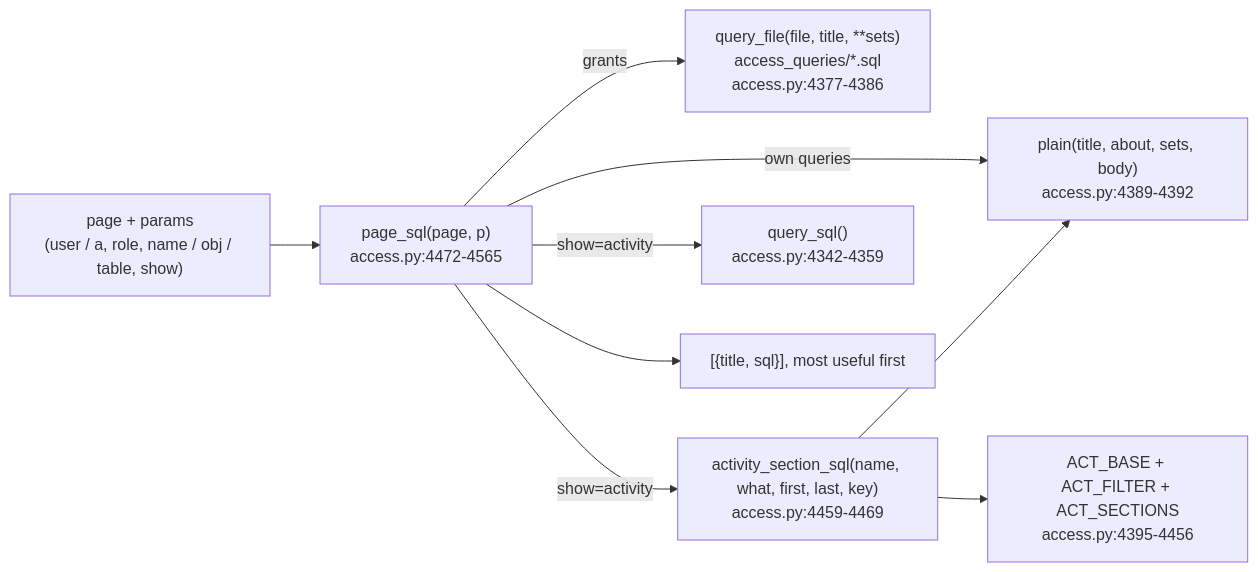
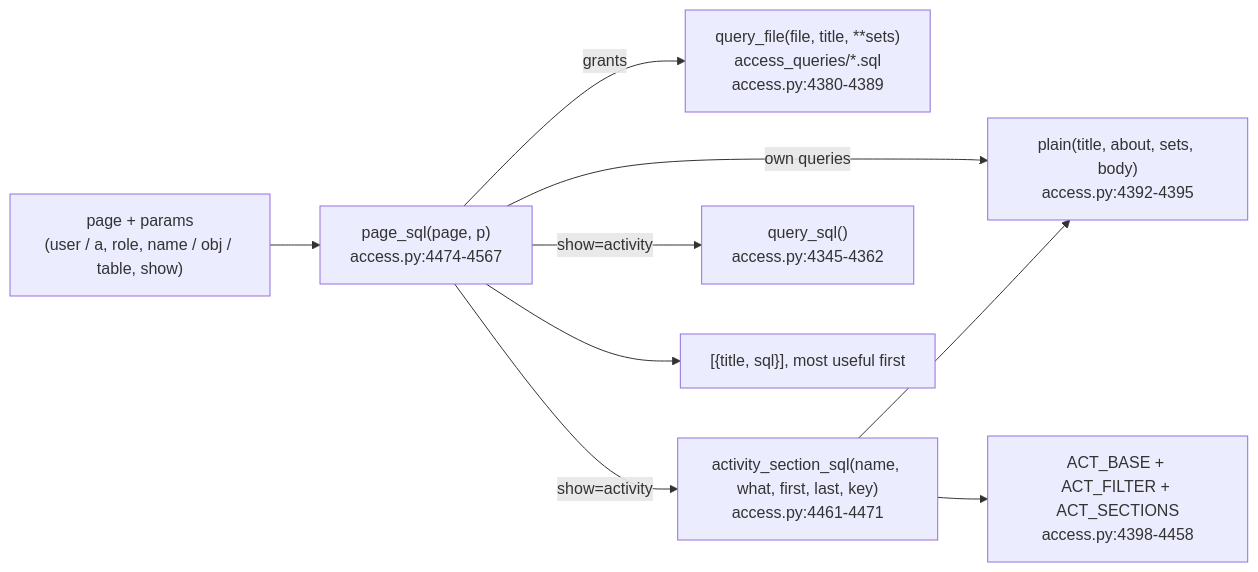
One commit to darshanmeel/snowflake-access-explorer changed the diagram in snowflake-access-explorer-knowledge-graph/logic/page-sql.md. Above: the diagram before and after it, drawn with Mermaid. The commit also changed other lines of this file and 29 other files, not shown here.

Commit message:
Docs and knowledge graph: business time moves days, hours and weekends (dh, localize, TZ_HOURS)

````diff
--- a/snowflake-access-explorer-knowledge-graph/logic/page-sql.md
+++ b/snowflake-access-explorer-knowledge-graph/logic/page-sql.md
@@ -6,11 +6,11 @@
 ```mermaid
 flowchart LR
-  P["page + params<br/>(user / a, role, name / obj / table, show)"] --> PS["page_sql(page, p)<br/>access.py:4472-4565"]
-  PS -->|grants| QF["query_file(file, title, **sets)<br/>access_queries/*.sql<br/>access.py:4377-4386"]
-  PS -->|own queries| PL["plain(title, about, sets, body)<br/>access.py:4389-4392"]
-  PS -->|show=activity| AS["activity_section_sql(name, what, first, last, key)<br/>access.py:4459-4469"]
+  P["page + params<br/>(user / a, role, name / obj / table, show)"] --> PS["page_sql(page, p)<br/>access.py:4474-4567"]
+  PS -->|grants| QF["query_file(file, title, **sets)<br/>access_queries/*.sql<br/>access.py:4380-4389"]
+  PS -->|own queries| PL["plain(title, about, sets, body)<br/>access.py:4392-4395"]
+  PS -->|show=activity| AS["activity_section_sql(name, what, first, last, key)<br/>access.py:4461-4471"]
   AS --> PL
-  AS --> AB["ACT_BASE + ACT_FILTER + ACT_SECTIONS<br/>access.py:4395-4456"]
-  PS -->|show=activity| QS["query_sql()<br/>access.py:4342-4359"]
+  AS --> AB["ACT_BASE + ACT_FILTER + ACT_SECTIONS<br/>access.py:4398-4458"]
+  PS -->|show=activity| QS["query_sql()<br/>access.py:4345-4362"]
   PS --> OUT["[{title, sql}], most useful first"]
 ```
````
